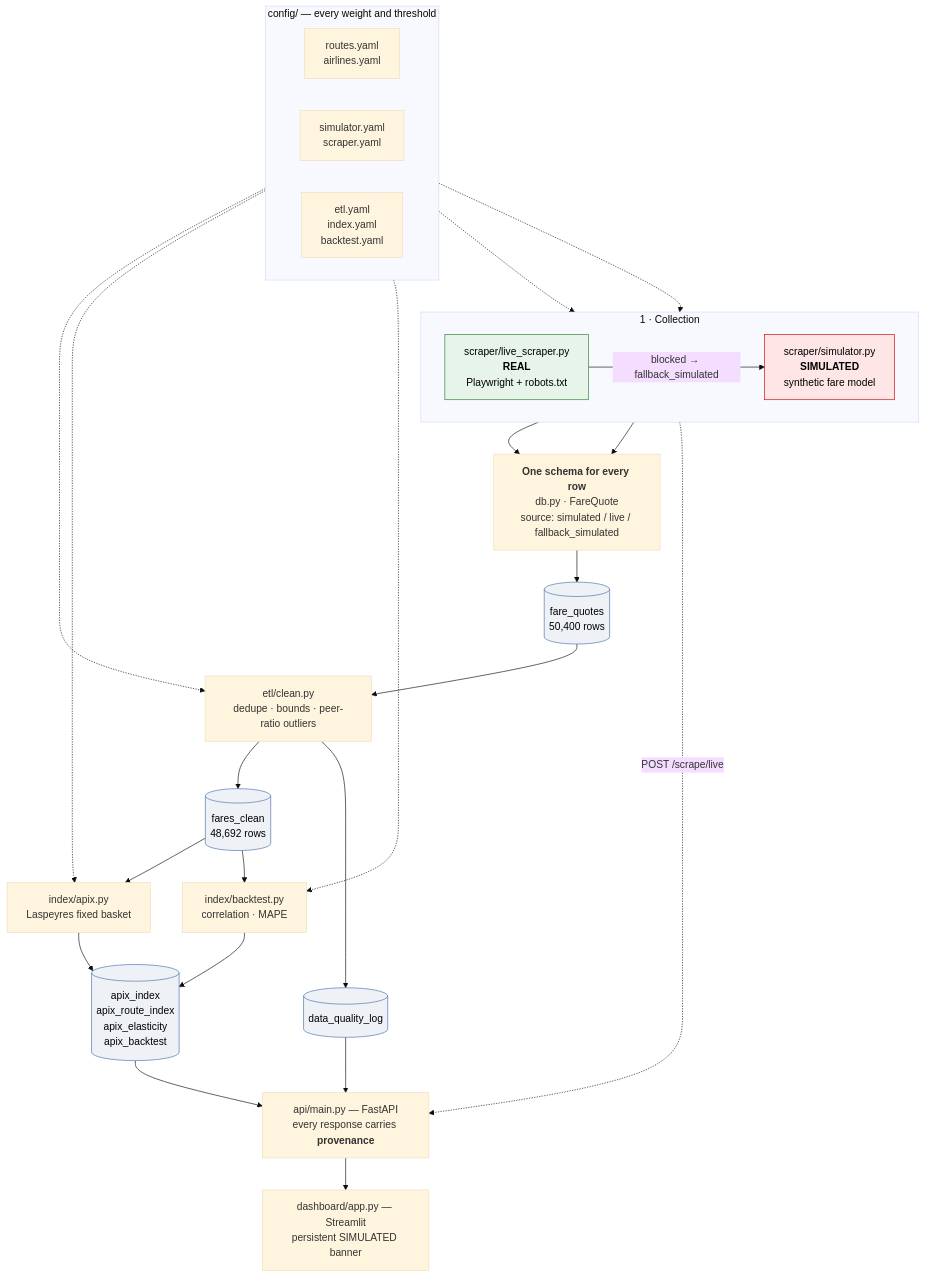
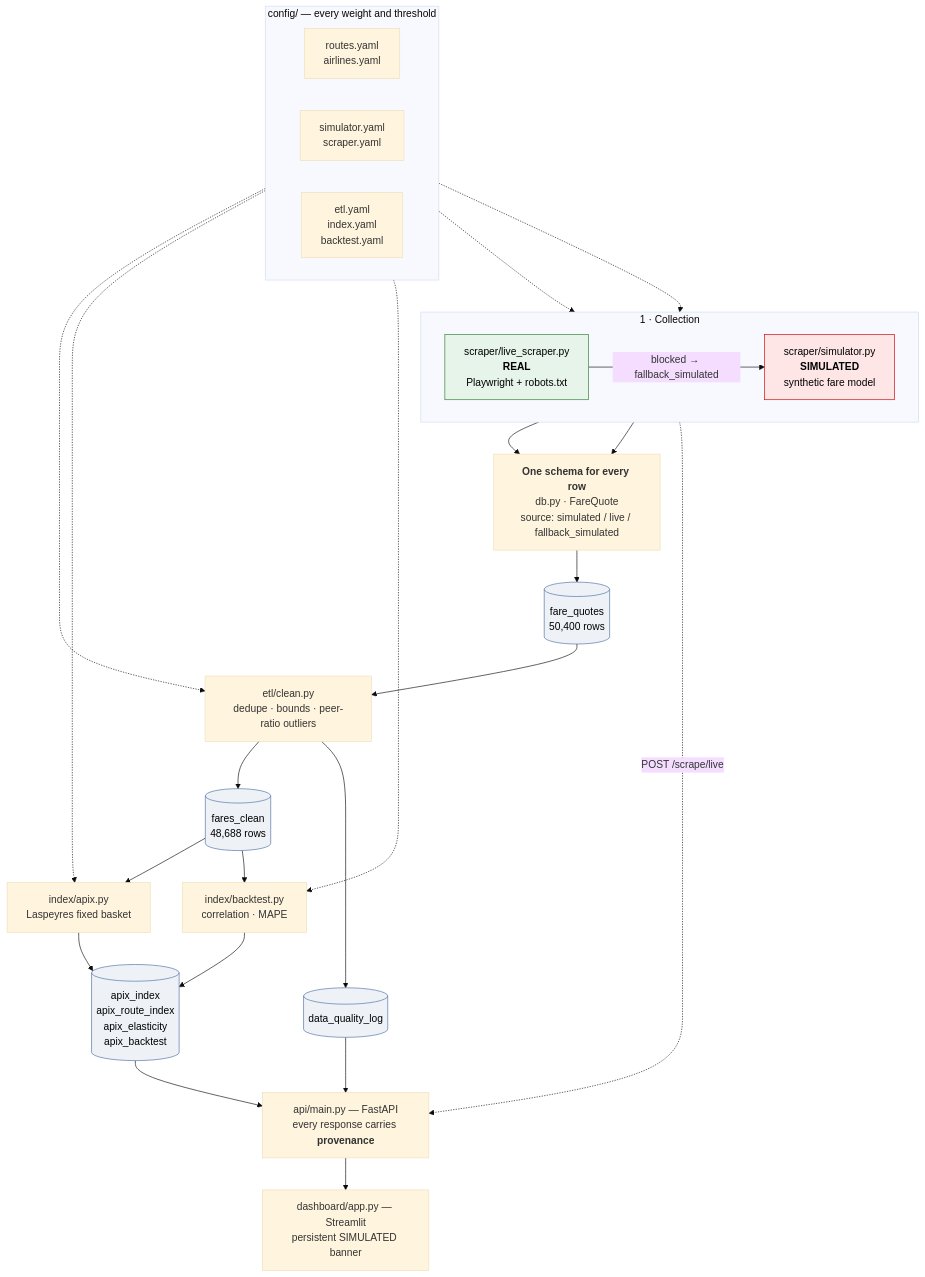
Before and after one commit to Vishaal1409/sih_byteforce: the first of 2 diagrams in docs/architecture.md, drawn with Mermaid (base theme). The commit also changed 3 other files, not shown here.

````diff
--- a/docs/architecture.md
+++ b/docs/architecture.md
@@ -12,59 +12,59 @@
 ```mermaid
 flowchart TB
     subgraph COLLECT["1 · Collection"]
         direction LR
         SIM["scraper/simulator.py<br/><b>SIMULATED</b><br/>synthetic fare model"]
         LIVE["scraper/live_scraper.py<br/><b>REAL</b><br/>Playwright + robots.txt"]
     end
 
     subgraph CFG["config/ — every weight and threshold"]
         direction LR
         C1["routes.yaml<br/>airlines.yaml"]
         C2["simulator.yaml<br/>scraper.yaml"]
         C3["etl.yaml<br/>index.yaml<br/>backtest.yaml"]
     end
 
     SCHEMA["<b>One schema for every row</b><br/>db.py · FareQuote<br/>source: simulated / live / fallback_simulated"]
 
     RAW[("fare_quotes<br/>50,400 rows")]
-    CLEAN[("fares_clean<br/>48,692 rows")]
+    CLEAN[("fares_clean<br/>48,688 rows")]
     QUAL[("data_quality_log")]
 
     ETL["etl/clean.py<br/>dedupe · bounds · peer-ratio outliers"]
     IDX["index/apix.py<br/>Laspeyres fixed basket"]
     BT["index/backtest.py<br/>correlation · MAPE"]
 
     OUT[("apix_index<br/>apix_route_index<br/>apix_elasticity<br/>apix_backtest")]
 
     API["api/main.py — FastAPI<br/>every response carries <b>provenance</b>"]
     DASH["dashboard/app.py — Streamlit<br/>persistent SIMULATED banner"]
 
     SIM --> SCHEMA
     LIVE -- "blocked → fallback_simulated" --> SIM
     LIVE --> SCHEMA
     SCHEMA --> RAW
     RAW --> ETL
     ETL --> CLEAN
     ETL --> QUAL
     CLEAN --> IDX
     CLEAN --> BT
     IDX --> OUT
     BT --> OUT
     OUT --> API
     QUAL --> API
     API --> DASH
     LIVE -. "POST /scrape/live" .-> API
 
     CFG -.-> SIM
     CFG -.-> LIVE
     CFG -.-> ETL
     CFG -.-> IDX
     CFG -.-> BT
 
     classDef sim fill:#ffe6e6,stroke:#c00,color:#000
     classDef real fill:#e6f4ea,stroke:#2e7d32,color:#000
     classDef store fill:#eef2f7,stroke:#4a6fa5,color:#000
     class SIM sim
     class LIVE real
     class RAW,CLEAN,QUAL,OUT store
 ```
````
